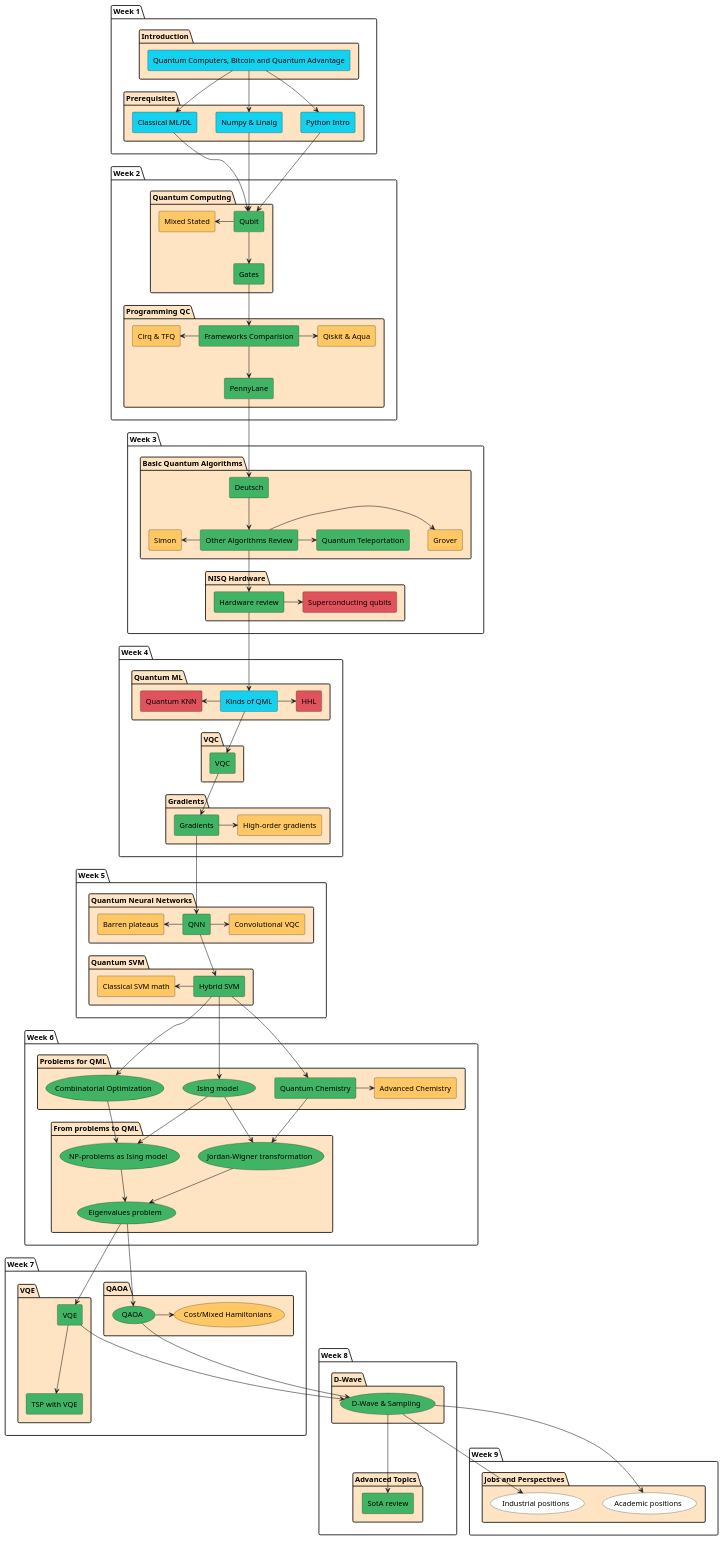
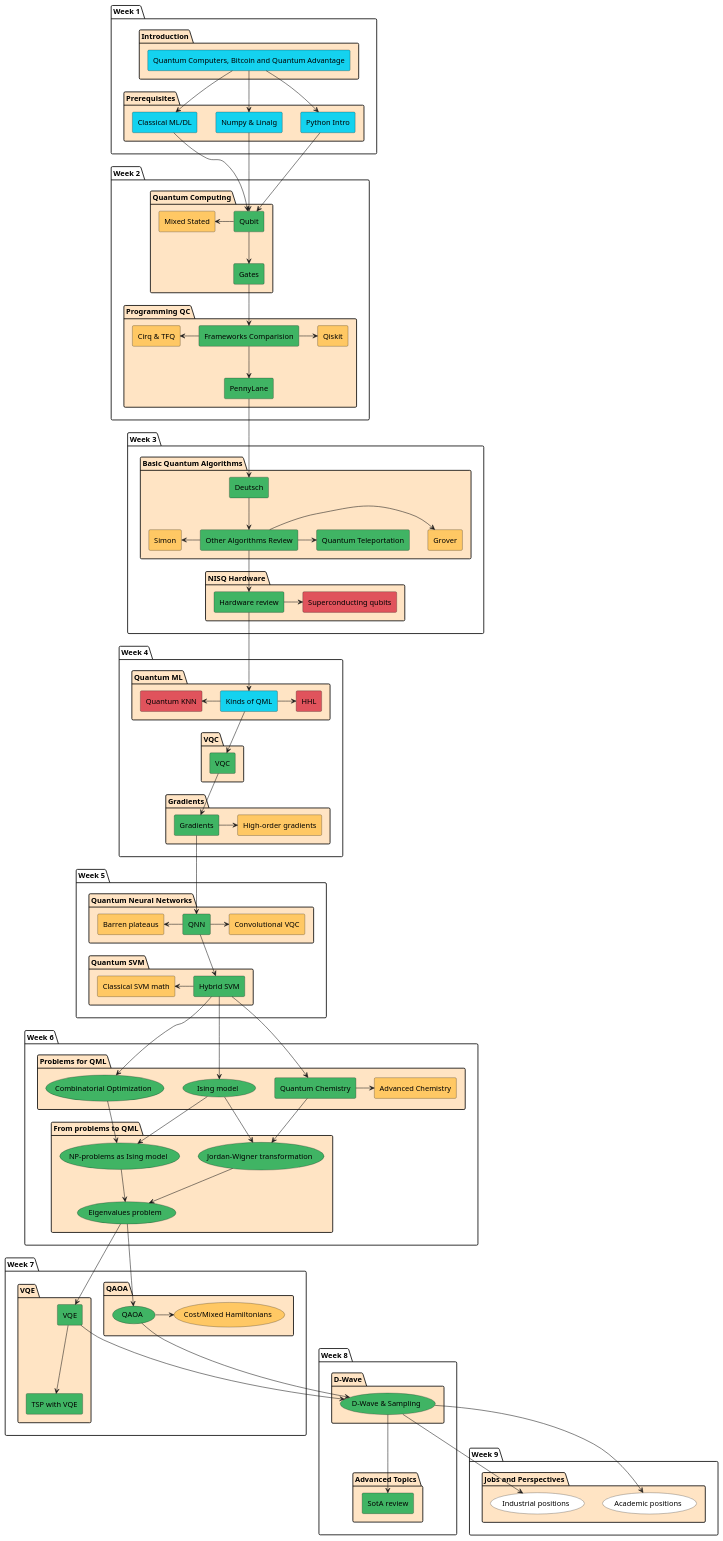
One commit to quantum-ods/qmlcourse changed the diagram in qmlcourseRU/_static/index/program.plantuml. Above: the diagram before and after it, drawn with PlantUML. The commit also changed 6 other files, not shown here.

```diff
--- a/qmlcourseRU/_static/index/program.plantuml
+++ b/qmlcourseRU/_static/index/program.plantuml
@@ -1,189 +1,189 @@
 @startuml
 package "Week 1" {
         package "Introduction" #Bisque {
                 rectangle "Quantum Computers, Bitcoin and Quantum Advantage" as intro1 #14D2EF
         }
 
         package "Prerequisites" #Bisque {
                 rectangle "Python Intro" as python #14D2EF
                 rectangle "Numpy & Linalg" as numpy #14D2EF
                 rectangle "Classical ML/DL" as ml #14D2EF
         }
 }
 
 package "Week 2" {
         package "Quantum Computing" as qci #Bisque {
                 rectangle "Qubit" as qubit #40B464
                 rectangle "Gates" as gates #40B464
                 rectangle "Mixed Stated" as mixed #FFC864
         }
 
         package "Programming QC" #Bisque {
                 rectangle "Frameworks Comparision" as progcomparision #40B464
                 rectangle "PennyLane" as pennylane #40B464
-                rectangle "Qiskit & Aqua" as qiskit #FFC864
+                rectangle "Qiskit" as qiskit #FFC864
                 rectangle "Cirq & TFQ" as cirq #FFC864
         }
 }
 
 package "Week 3" {
         package "Basic Quantum Algorithms" as qalgo #Bisque {
                 rectangle "Deutsch" as deutsch #40B464
                 rectangle "Other Algorithms Review" as advanced_algos #40B464
                 rectangle "Grover" as grover #FFC864
                 rectangle "Quantum Teleportation" as qtp #40B464
                 rectangle "Simon" as saimon #FFC864
         }
 
         package "NISQ Hardware" #Bisque {
                 rectangle "Hardware review" as review #40B464
                 rectangle "Superconducting qubits" as schard #E0535C
         }
 }
 
 package "Week 4" {
         package "Quantum ML" #Bisque {
                 rectangle "Kinds of QML" as qml_general #14D2EF
                 rectangle "HHL" as hhl #E0535C
                 rectangle "Quantum KNN" as qknn #E0535C
         }
 
         package "VQC" #Bisque {
                 rectangle "VQC" as vqc #40B464
         }
 
         package "Gradients" #Bisque {
                 rectangle "Gradients" as grad #40B464
                 rectangle "High-order gradients" as hograd #FFC864
         }
 }
 
 package "Week 5" {
         package "Quantum Neural Networks" #Bisque {
                 rectangle "QNN" as qnn #40B464
                 rectangle "Barren plateaus" as barren #FFC864
                 rectangle "Convolutional VQC" as convvqc #FFC864
         }
 
         package "Quantum SVM" #Bisque {
                 rectangle "Hybrid SVM" as hsvm #40B464
                 rectangle "Classical SVM math" as csvm #FFC864
         }
 }
 
 package "Week 6" {
         package "Problems for QML" #Bisque {
                 usecase "Ising model" as ising #40B464
                 usecase "Combinatorial Optimization" as copt #40B464
                 rectangle "Quantum Chemistry" as qchem #40B464
                 rectangle "Advanced Chemistry" as aqchem #FFC864
         }
 
         package "From problems to QML" #Bisque {
                 usecase "NP-problems as Ising model" as npising #40B464
                 usecase "Jordan-Wigner transformation" as jordan #40B464
                 usecase "Eigenvalues problem" as eigenvals #40B464
         }
 }
 
 package "Week 7" {
         package "VQE" #Bisque {
                 rectangle "VQE" as vqe #40B464
                 rectangle "TSP with VQE" as tspvqe #40B464
         }
 
         package "QAOA" #Bisque {
                 usecase "QAOA" as qaoa #40B464
                 usecase "Cost/Mixed Hamiltonians" as hams #FFC864
         }
 }
 
 package "Week 8" {
         package "D-Wave" #Bisque {
                 usecase "D-Wave & Sampling" as dwave #40B464
         }
 
         package "Advanced Topics" as adv #Bisque {
                 rectangle "SotA review" as sota #40B464
         }
 }
 
 package "Week 9" {
         package "Jobs and Perspectives" as jobs #Bisque {
                 usecase "Academic positions" as academic #White
                 usecase "Industrial positions" as industrial #White
         }
 }
 
 
 intro1 --> python
 intro1 --> numpy
 intro1 --> ml
 
 python --> qubit
 numpy --> qubit
 ml --> qubit
 
 qubit --> gates
 mixed <- qubit
 
 gates --> progcomparision
 progcomparision --> pennylane
 cirq <- progcomparision
 progcomparision -> qiskit
 
 pennylane --> deutsch
 
 deutsch --> advanced_algos
 advanced_algos -> grover
 advanced_algos -> qtp
 saimon <- advanced_algos
 
 advanced_algos --> review
 review -> schard
 
 review --> qml_general
 
 qml_general -> hhl
 qknn <- qml_general
 
 qml_general --> vqc
 
 vqc --> grad
 grad -> hograd
 
 grad --> qnn
 barren <- qnn
 qnn -> convvqc
 
 qnn --> hsvm
 csvm <- hsvm
 
 hsvm --> ising
 hsvm --> copt
 hsvm --> qchem
 qchem -> aqchem
 qchem --> jordan
 ising --> npising
 ising --> jordan
 copt --> npising
 
 npising --> eigenvals
 jordan --> eigenvals
 
 eigenvals --> vqe
 eigenvals --> qaoa
 
 vqe --> tspvqe
 
 qaoa -> hams
 
 qaoa --> dwave
 vqe --> dwave
 
 dwave --> academic
 dwave --> industrial
 
 dwave --> sota
 
 @enduml
```
